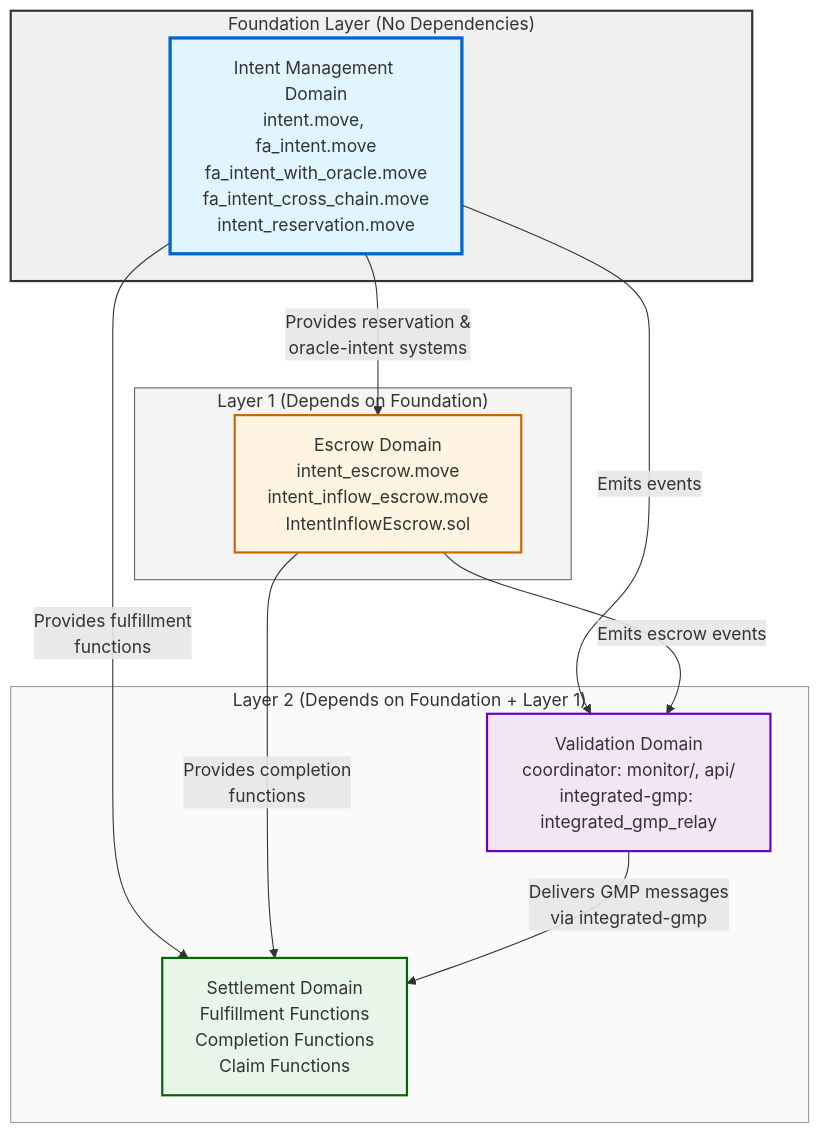
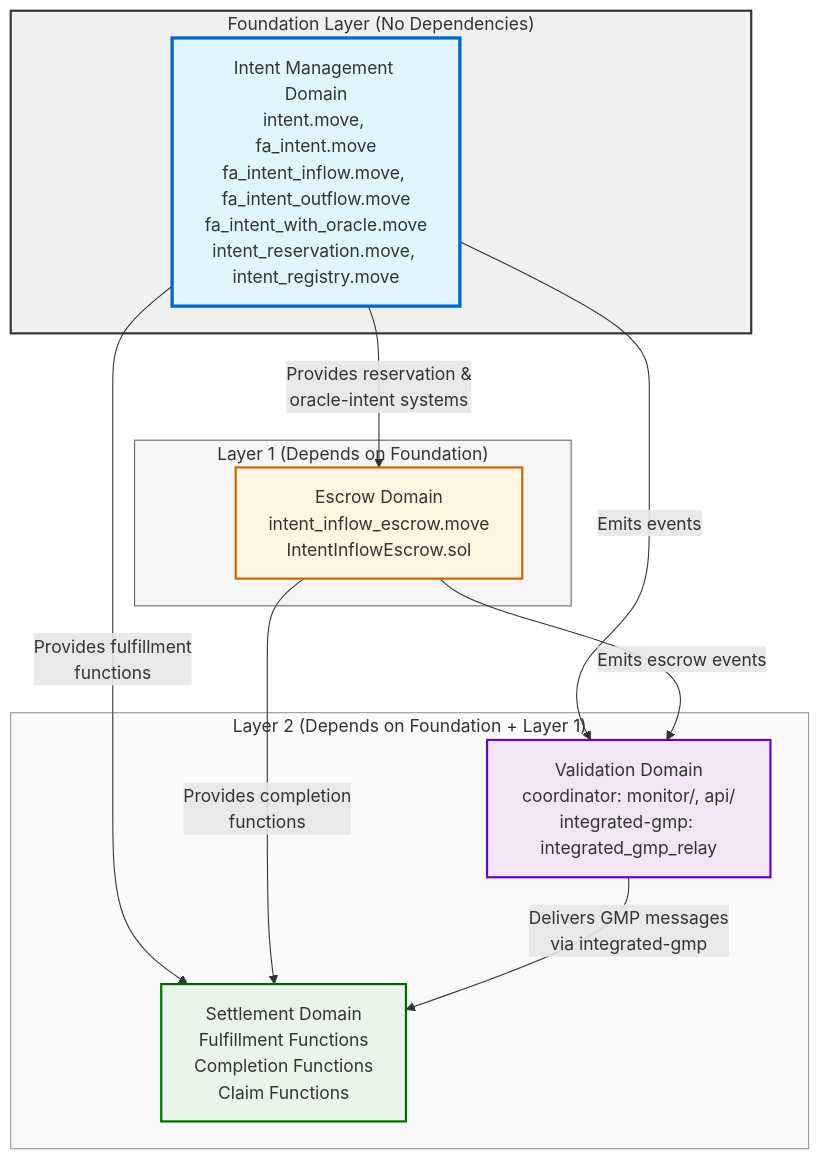
One commit to apenzk/int3nts changed the first of 2 diagrams in docs/architecture/architecture-component-mapping.md. Above: the diagram before and after it, drawn with Mermaid. The commit also changed other lines of this file and 36 other files, not shown here.

````diff
--- a/docs/architecture/architecture-component-mapping.md
+++ b/docs/architecture/architecture-component-mapping.md
@@ -16,30 +16,30 @@
 ```mermaid
 graph TB
     subgraph Foundation["Foundation Layer (No Dependencies)"]
-        IM[Intent Management Domain<br/>intent.move, fa_intent.move<br/>fa_intent_with_oracle.move<br/>fa_intent_cross_chain.move<br/>intent_reservation.move]
+        IM[Intent Management Domain<br/>intent.move, fa_intent.move<br/>fa_intent_inflow.move, fa_intent_outflow.move<br/>fa_intent_with_oracle.move<br/>intent_reservation.move, intent_registry.move]
     end
 
     subgraph Layer1["Layer 1 (Depends on Foundation)"]
-        EM[Escrow Domain<br/>intent_escrow.move<br/>intent_inflow_escrow.move<br/>IntentInflowEscrow.sol]
+        EM[Escrow Domain<br/>intent_inflow_escrow.move<br/>IntentInflowEscrow.sol]
     end
 
     subgraph Layer2["Layer 2 (Depends on Foundation + Layer 1)"]
         SM[Settlement Domain<br/>Fulfillment Functions<br/>Completion Functions<br/>Claim Functions]
         VM[Validation Domain<br/>coordinator: monitor/, api/<br/>integrated-gmp: integrated_gmp_relay]
     end
 
     IM -->|Provides reservation &<br/>oracle-intent systems| EM
     IM -->|Provides fulfillment<br/>functions| SM
     IM -->|Emits events| VM
     EM -->|Provides completion<br/>functions| SM
     EM -->|Emits escrow events| VM
     VM -->|Delivers GMP messages<br/>via integrated-gmp| SM
 
     style IM fill:#e1f5ff,stroke:#0066cc,stroke-width:3px,color:#333
     style EM fill:#fff4e1,stroke:#cc6600,stroke-width:2px,color:#333
     style SM fill:#e8f5e9,stroke:#006600,stroke-width:2px,color:#333
     style VM fill:#f3e5f5,stroke:#6600cc,stroke-width:2px,color:#333
     style Foundation fill:#f0f0f0,stroke:#333,stroke-width:2px,color:#333
     style Layer1 fill:#f5f5f5,stroke:#666,stroke-width:1px,color:#333
     style Layer2 fill:#fafafa,stroke:#999,stroke-width:1px,color:#333
 ```
````
